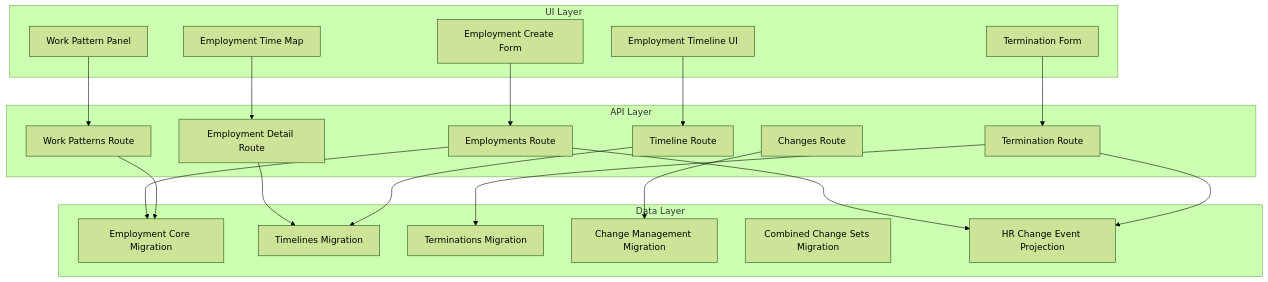
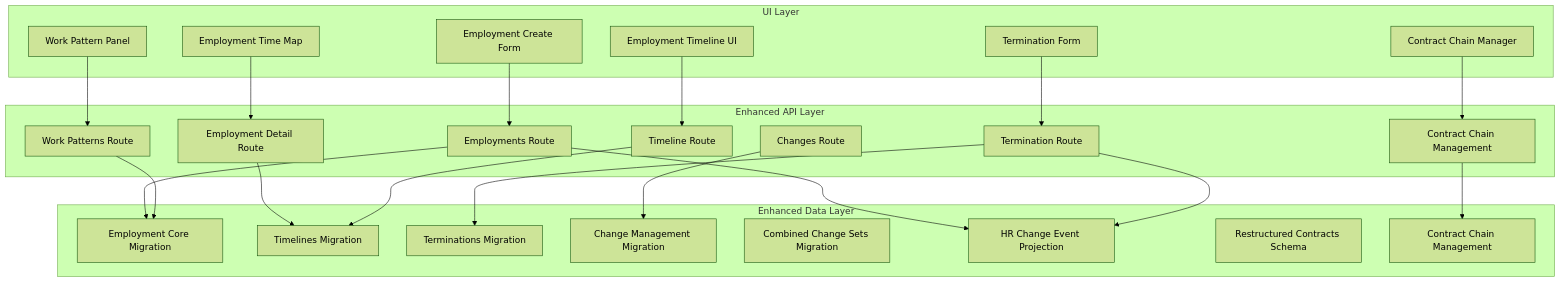
The first of 9 diagrams in .qoder/repowiki/en/content/Architecture Overview/Backend Architecture/Business Logic Layer/Core HR Business Logic/Employment Lifecycle Services.md (EdwinCycling/LiquidHR), drawn with Mermaid (forest theme) before and after one commit. The commit also changed other lines of this file and 73 other files, not shown here.

````diff
--- a/.qoder/repowiki/en/content/Architecture Overview/Backend Architecture/Business Logic Layer/Core HR Business Logic/Employment Lifecycle Services.md
+++ b/.qoder/repowiki/en/content/Architecture Overview/Backend Architecture/Business Logic Layer/Core HR Business Logic/Employment Lifecycle Services.md
@@ -50,39 +62,45 @@
 ```mermaid
 graph TB
-subgraph "API Layer"
+subgraph "Enhanced API Layer"
 EMP_ROUTE["Employments Route"]
 EMP_DETAIL["Employment Detail Route"]
 TERM_ROUTE["Termination Route"]
 TIMELINE_ROUTE["Timeline Route"]
 WORKPATTERN_ROUTE["Work Patterns Route"]
 CHANGES_ROUTE["Changes Route"]
+CONTRACT_CHAIN["Contract Chain Management"]
 end
-subgraph "Data Layer"
+subgraph "Enhanced Data Layer"
 CORE_MIG["Employment Core Migration"]
 TIMELINES_MIG["Timelines Migration"]
 TERMINATIONS_MIG["Terminations Migration"]
 CHANGE_MGMT["Change Management Migration"]
 COMBINED_SETS["Combined Change Sets Migration"]
 EVENT_PROJ["HR Change Event Projection"]
+RESTRUCTURED_CONTRACTS["Restructured Contracts Schema"]
+CONTRACT_CHAIN_MIG["Contract Chain Management"]
 end
 subgraph "UI Layer"
 CREATE_FORM["Employment Create Form"]
 TIME_MAP["Employment Time Map"]
 TIMELINE_UI["Employment Timeline UI"]
 TERM_FORM["Termination Form"]
 WORKPANEL["Work Pattern Panel"]
+CONTRACT_MANAGER["Contract Chain Manager"]
 end
 EMP_ROUTE --> CORE_MIG
 EMP_DETAIL --> TIMELINES_MIG
 TERM_ROUTE --> TERMINATIONS_MIG
 TIMELINE_ROUTE --> TIMELINES_MIG
 WORKPATTERN_ROUTE --> CORE_MIG
 CHANGES_ROUTE --> CHANGE_MGMT
+CONTRACT_CHAIN --> CONTRACT_CHAIN_MIG
 EMP_ROUTE --> EVENT_PROJ
 TERM_ROUTE --> EVENT_PROJ
 CREATE_FORM --> EMP_ROUTE
 TIME_MAP --> EMP_DETAIL
 TIMELINE_UI --> TIMELINE_ROUTE
 TERM_FORM --> TERM_ROUTE
 WORKPANEL --> WORKPATTERN_ROUTE
+CONTRACT_MANAGER --> CONTRACT_CHAIN
 ```
````
